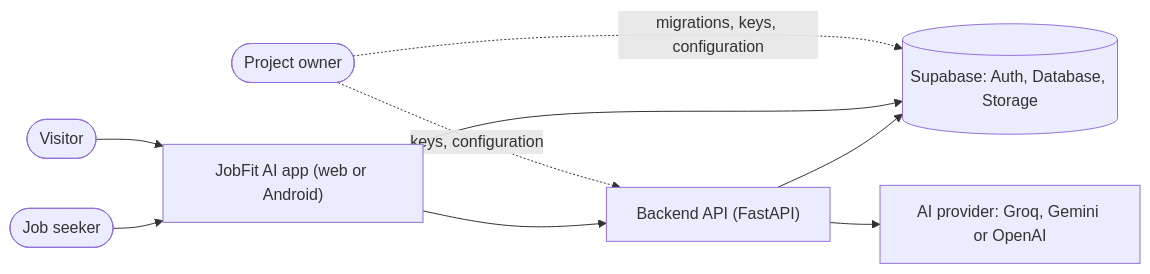
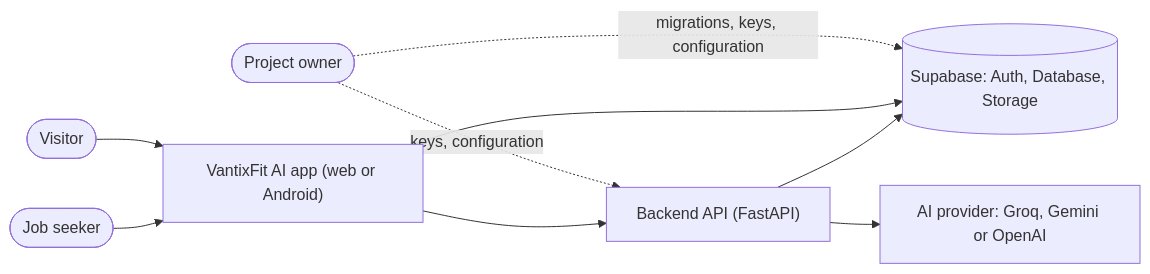
Before and after one commit to AybanFred/jobfit-ai: the first of 6 diagrams in document/04-system-analysis-and-design.md, drawn with Mermaid. The commit also changed 16 other files, not shown here.

````diff
--- a/document/04-system-analysis-and-design.md
+++ b/document/04-system-analysis-and-design.md
@@ -30,19 +30,19 @@
 ```mermaid
 flowchart LR
   V([Visitor])
   U([Job seeker])
   O([Project owner])
-  APP["JobFit AI app (web or Android)"]
+  APP["VantixFit AI app (web or Android)"]
   API["Backend API (FastAPI)"]
   SB[("Supabase: Auth, Database, Storage")]
   AI["AI provider: Groq, Gemini or OpenAI"]
 
   V --> APP
   U --> APP
   O -. "migrations, keys, configuration" .-> SB
   O -. "keys, configuration" .-> API
   APP --> SB
   APP --> API
   API --> SB
   API --> AI
 ```
````
